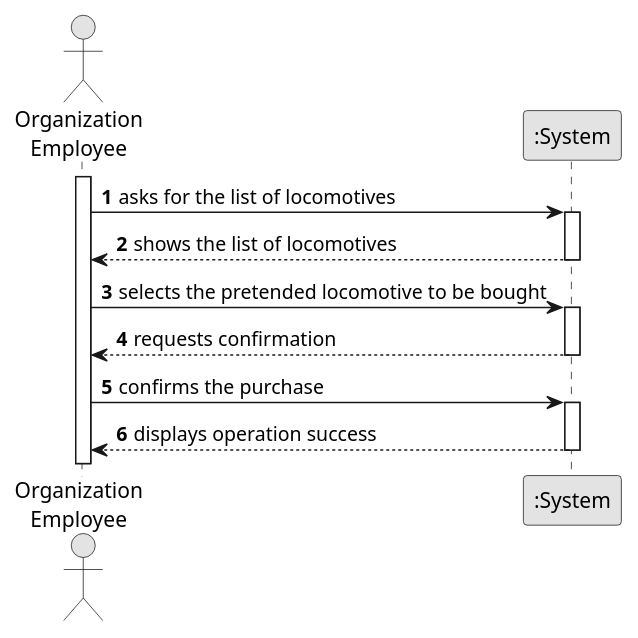
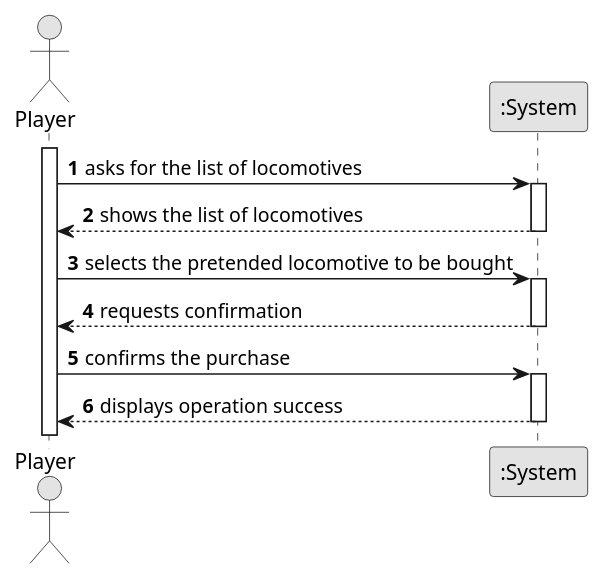
One commit to 1240935/pi2-railway-simulator changed the diagram in docsFinais/US009/01.requirements-engineering/puml/US009-SSD.puml. Above: the diagram before and after it, drawn with PlantUML. The commit also changed 21 other files, not shown here.

```diff
--- a/docsFinais/US009/01.requirements-engineering/puml/US009-SSD.puml
+++ b/docsFinais/US009/01.requirements-engineering/puml/US009-SSD.puml
@@ -1,30 +1,30 @@
 @startuml
 skinparam monochrome true
 skinparam packageStyle rectangle
 skinparam shadowing false
 
 autonumber
 
-actor "Organization\nEmployee" as Employee
+actor "Player" as Employee
 participant ":System" as System
 
 activate Employee
 
     Employee -> System : asks for the list of locomotives
     activate System
 
         System --> Employee : shows the list of locomotives
     deactivate System
 
     Employee -> System : selects the pretended locomotive to be bought
     activate System
 
         System --> Employee : requests confirmation
     deactivate System
 
     Employee -> System : confirms the purchase
     activate System
 
         System --> Employee : displays operation success
     deactivate System
 @enduml
```
